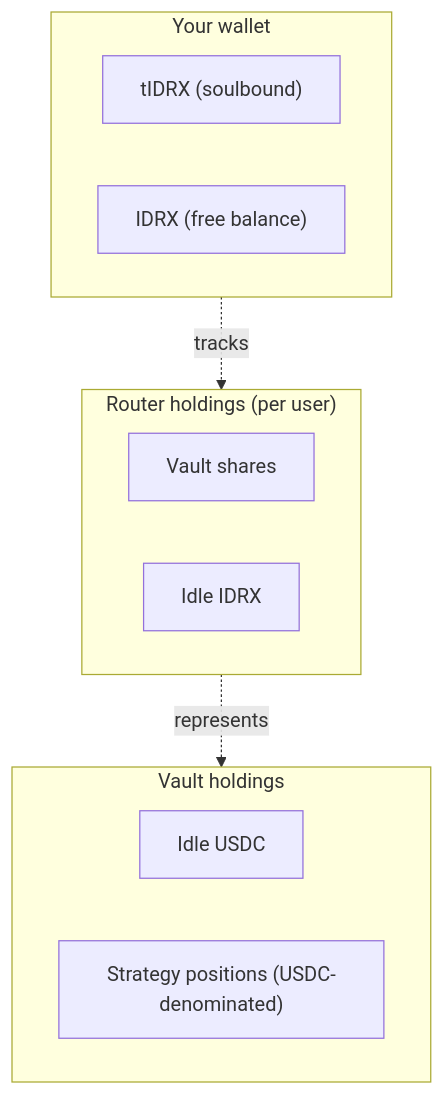
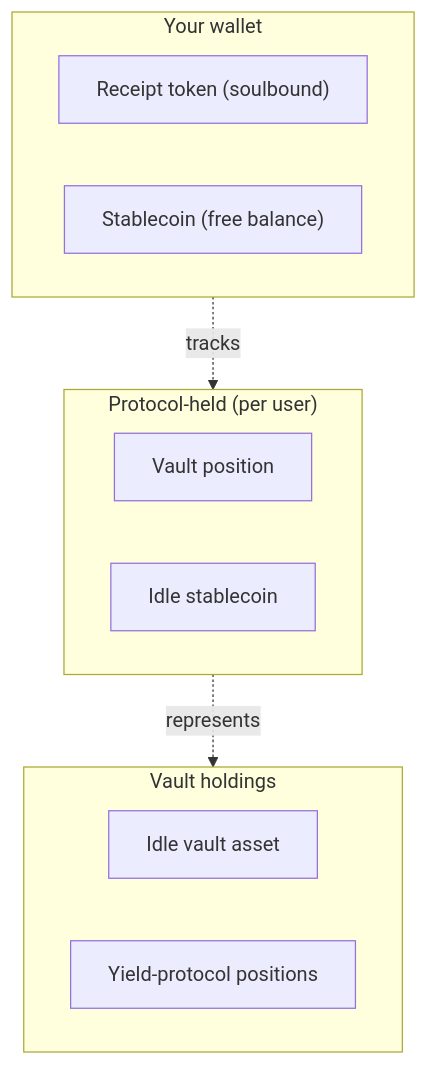
Before and after one commit to tumbuh-fi/docs: the diagram in tokens.mdx, drawn with Mermaid. The commit also changed other lines of this file and 7 other files, not shown here.

First line of the commit message:
docs: rewrite Tokens, Fees, and Protocol architecture pages

````diff
--- a/tokens.mdx
+++ b/tokens.mdx
@@ -12,20 +12,20 @@
 ```mermaid
 flowchart TB
     subgraph Wallet["Your wallet"]
-        TIDRX["tIDRX (soulbound)"]
-        IDRXBal["IDRX (free balance)"]
+        TIDRX["Receipt token (soulbound)"]
+        IDRXBal["Stablecoin (free balance)"]
     end
 
-    subgraph RouterHoldings["Router holdings (per user)"]
-        Shares["Vault shares"]
-        IdleIDRX["Idle IDRX"]
+    subgraph RouterHoldings["Protocol-held (per user)"]
+        Shares["Vault position"]
+        IdleIDRX["Idle stablecoin"]
     end
 
     subgraph VaultHoldings["Vault holdings"]
-        USDCIdle["Idle USDC"]
-        StratPos["Strategy positions (USDC-denominated)"]
+        USDCIdle["Idle vault asset"]
+        StratPos["Yield-protocol positions"]
     end
 
     Wallet -.tracks.-> RouterHoldings
     RouterHoldings -.represents.-> VaultHoldings
 ```
````
